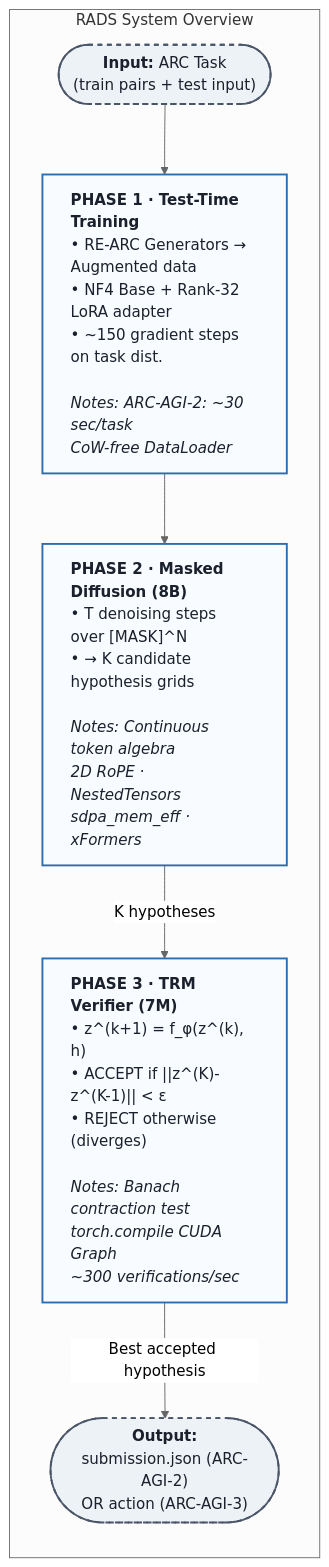
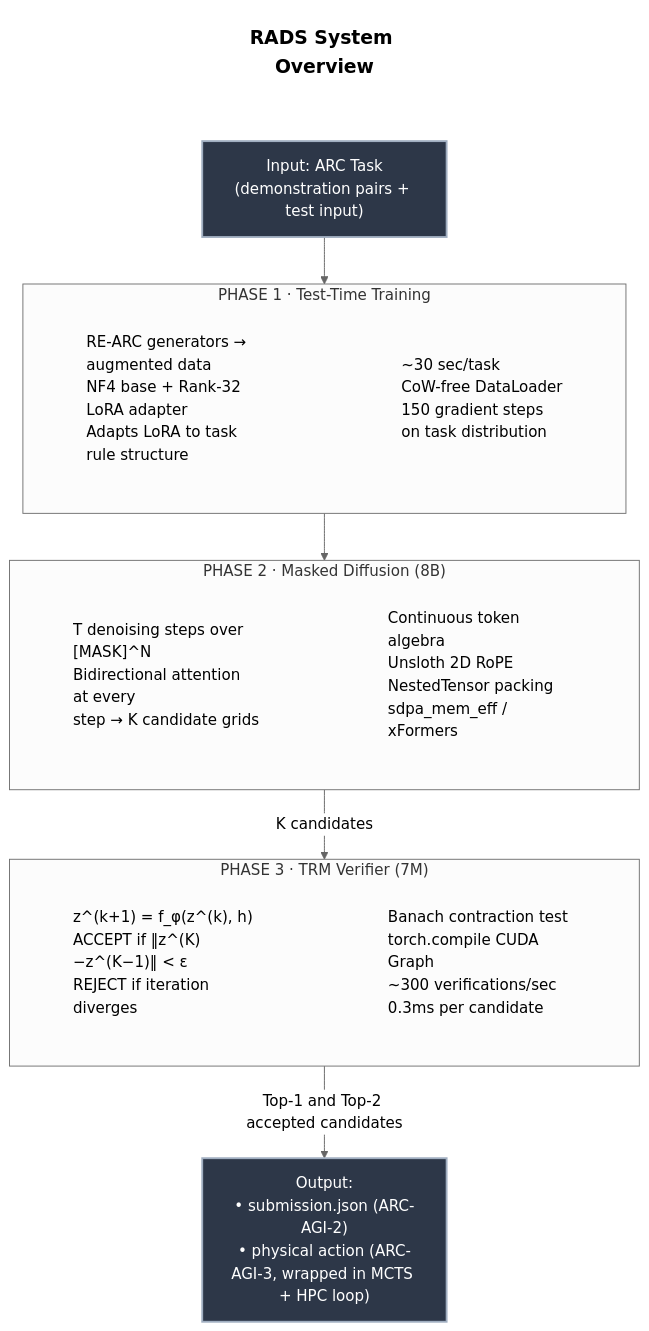
One commit to emanuellcs/rads-arc-2026 changed the second of 3 diagrams in README.md. Above: the diagram before and after it, drawn with Mermaid (neutral theme). The commit also changed other lines of this file, not shown here.

````diff
--- a/README.md
+++ b/README.md
@@ -28,26 +110,50 @@
 ```mermaid
 flowchart TD
-    %% Styling
-    classDef phaseBox fill:#f8fbff,stroke:#2b6cb0,stroke-width:2px,text-align:left,color:#1a202c
-    classDef ioBox fill:#edf2f7,stroke:#4a5568,stroke-width:2px,stroke-dasharray: 5 5,color:#1a202c
+    %% Custom Styles
+    classDef noBorder fill:transparent, stroke:none, text-align:left;
+    classDef inputOutput fill:#2D3748, stroke:#A0AEC0, stroke-width:2px, color:#fff;
+    classDef title fill:transparent, stroke:none, font-size:20px, font-weight:bold;
+
+    %% Main Title (Optional, floating at the top)
+    Title["RADS System Overview"]:::title
+
+    %% Input Node
+    Input["Input: ARC Task<br>(demonstration pairs + test input)"]:::inputOutput
     
-    subgraph RADS ["RADS System Overview"]
-        direction TB
-        
-        Input(["<b>Input:</b> ARC Task<br/>(train pairs + test input)"]):::ioBox
-        
-        Phase1["<b>PHASE 1 · Test-Time Training</b><br/>• RE-ARC Generators → Augmented data<br/>• NF4 Base + Rank-32 LoRA adapter<br/>• ~150 gradient steps on task dist.<br/><br/><i>Notes: ARC-AGI-2: ~30 sec/task<br/>CoW-free DataLoader</i>"]:::phaseBox
-        
-        Phase2["<b>PHASE 2 · Masked Diffusion (8B)</b><br/>• T denoising steps over [MASK]^N<br/>• → K candidate hypothesis grids<br/><br/><i>Notes: Continuous token algebra<br/>2D RoPE · NestedTensors<br/>sdpa_mem_eff · xFormers</i>"]:::phaseBox
-        
-        Phase3["<b>PHASE 3 · TRM Verifier (7M)</b><br/>• z^(k+1) = f_φ(z^(k), h)<br/>• ACCEPT if ||z^(K)-z^(K-1)|| < ε<br/>• REJECT otherwise (diverges)<br/><br/><i>Notes: Banach contraction test<br/>torch.compile CUDA Graph<br/>~300 verifications/sec</i>"]:::phaseBox
-        
-        Output(["<b>Output:</b><br/>submission.json (ARC-AGI-2)<br/>OR action (ARC-AGI-3)"]):::ioBox
+    Title ~~~ Input
 
-        %% Connections
-        Input --> Phase1
-        Phase1 --> Phase2
-        Phase2 -- "K hypotheses" --> Phase3
-        Phase3 -- "Best accepted hypothesis" --> Output
+    %% Phase 1
+    subgraph Phase1 ["PHASE 1 · Test-Time Training"]
+        direction LR
+        P1L["RE-ARC generators → augmented data<br>NF4 base + Rank-32 LoRA adapter<br>Adapts LoRA to task rule structure"]:::noBorder
+        P1R["~30 sec/task<br>CoW-free DataLoader<br>150 gradient steps<br>on task distribution"]:::noBorder
+        P1L ~~~ P1R
     end
+
+    Input --> Phase1
+
+    %% Phase 2
+    subgraph Phase2 ["PHASE 2 · Masked Diffusion (8B)"]
+        direction LR
+        P2L["T denoising steps over [MASK]^N<br>Bidirectional attention at every<br>step → K candidate grids"]:::noBorder
+        P2R["Continuous token algebra<br>Unsloth 2D RoPE<br>NestedTensor packing<br>sdpa_mem_eff / xFormers"]:::noBorder
+        P2L ~~~ P2R
+    end
+
+    Phase1 --> Phase2
+
+    %% Phase 3
+    subgraph Phase3 ["PHASE 3 · TRM Verifier (7M)"]
+        direction LR
+        P3L["z^(k+1) = f_φ(z^(k), h)<br>ACCEPT if ‖z^(K)−z^(K−1)‖ < ε<br>REJECT if iteration diverges"]:::noBorder
+        P3R["Banach contraction test<br>torch.compile CUDA Graph<br>~300 verifications/sec<br>0.3ms per candidate"]:::noBorder
+        P3L ~~~ P3R
+    end
+
+    Phase2 -- "K candidates" --> Phase3
+
+    %% Output Node
+    Output["Output:<br>• submission.json (ARC-AGI-2)<br>• physical action (ARC-AGI-3, wrapped in MCTS + HPC loop)"]:::inputOutput
+
+    Phase3 -- "Top-1 and Top-2 accepted candidates" --> Output
 ```
````
